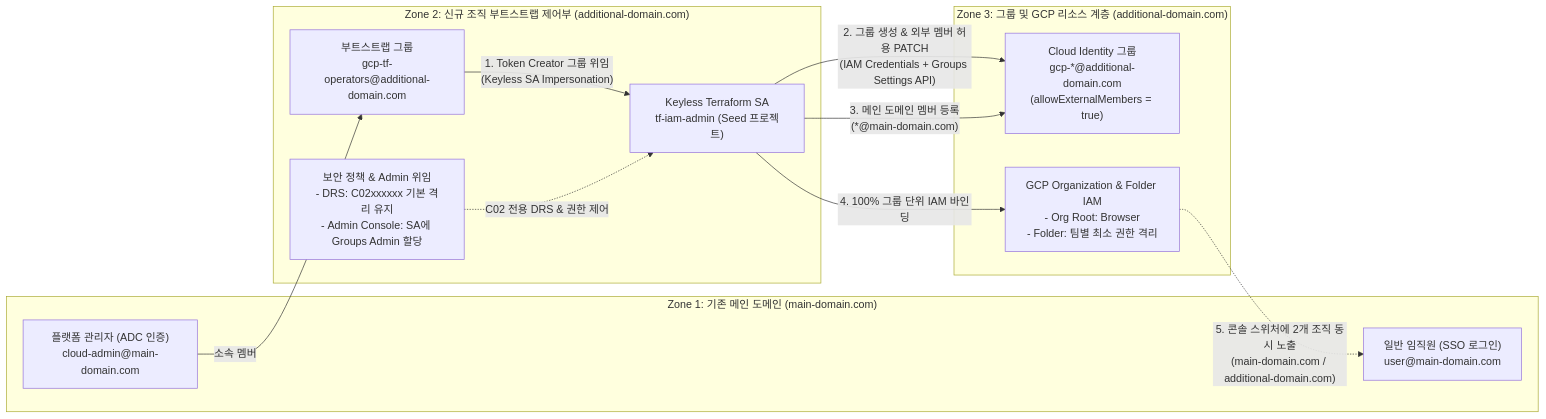
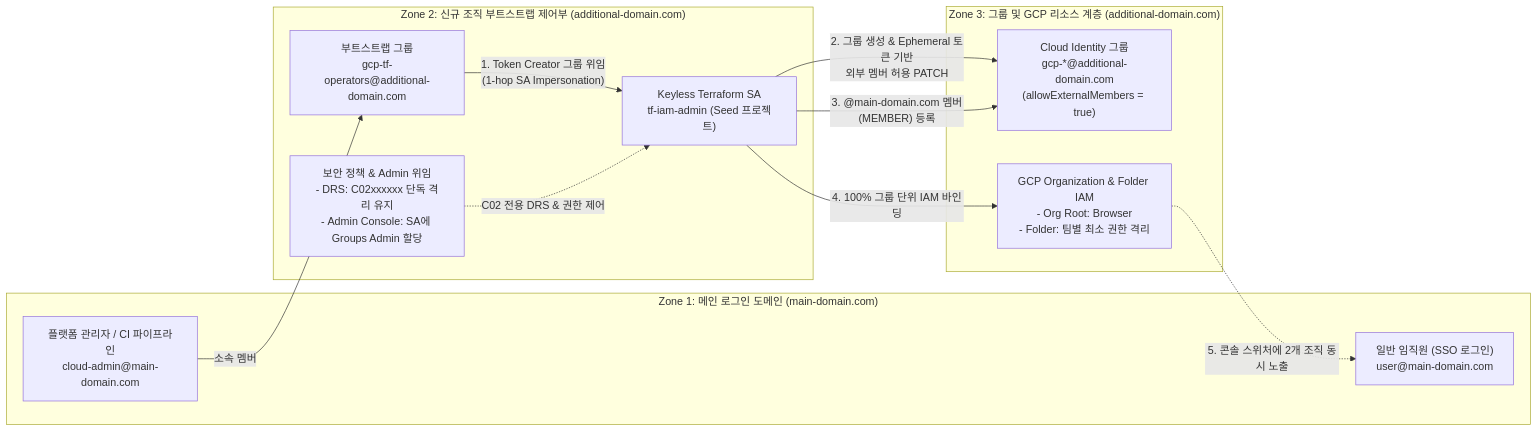
One commit to rom2019/gcp-sandbox changed the first of 2 diagrams in iam/multi-org-group-iam/README.md. Above: the diagram before and after it, drawn with Mermaid. The commit also changed other lines of this file and 16 other files, not shown here.

Commit message:
refactor(iam/minimal-org-policies): replace dynamic loop with static tier policy files

````diff
--- a/iam/multi-org-group-iam/README.md
+++ b/iam/multi-org-group-iam/README.md
@@ -47,26 +24,26 @@
 ```mermaid
 flowchart LR
-    subgraph Zone1["Zone 1: 기존 메인 도메인 (main-domain.com)"]
+    subgraph Zone1["Zone 1: 메인 로그인 도메인 (main-domain.com)"]
         User["일반 임직원 (SSO 로그인)\nuser@main-domain.com"]
-        Admin["플랫폼 관리자 (ADC 인증)\ncloud-admin@main-domain.com"]
+        Admin["플랫폼 관리자 / CI 파이프라인\ncloud-admin@main-domain.com"]
     end
 
     subgraph Zone2["Zone 2: 신규 조직 부트스트랩 제어부 (additional-domain.com)"]
         OpGroup["부트스트랩 그룹\ngcp-tf-operators@additional-domain.com"]
         SA["Keyless Terraform SA\ntf-iam-admin (Seed 프로젝트)"]
-        Policy["보안 정책 & Admin 위임\n- DRS: C02xxxxxx 기본 격리 유지\n- Admin Console: SA에 Groups Admin 할당"]
+        Policy["보안 정책 & Admin 위임\n- DRS: C02xxxxxx 단독 격리 유지\n- Admin Console: SA에 Groups Admin 할당"]
     end
 
     subgraph Zone3["Zone 3: 그룹 및 GCP 리소스 계층 (additional-domain.com)"]
         CIG["Cloud Identity 그룹\ngcp-*@additional-domain.com\n(allowExternalMembers = true)"]
         OrgIAM["GCP Organization & Folder IAM\n- Org Root: Browser\n- Folder: 팀별 최소 권한 격리"]
     end
 
     Admin -->|"소속 멤버"| OpGroup
-    OpGroup -->|"1. Token Creator 그룹 위임\n(Keyless SA Impersonation)"| SA
+    OpGroup -->|"1. Token Creator 그룹 위임\n(1-hop SA Impersonation)"| SA
     Policy -.->|"C02 전용 DRS & 권한 제어"| SA
-    SA -->|"2. 그룹 생성 & 외부 멤버 허용 PATCH\n(IAM Credentials + Groups Settings API)"| CIG
-    SA -->|"3. 메인 도메인 멤버 등록\n(*@main-domain.com)"| CIG
+    SA -->|"2. 그룹 생성 & Ephemeral 토큰 기반\n외부 멤버 허용 PATCH"| CIG
+    SA -->|"3. @main-domain.com 멤버(MEMBER) 등록"| CIG
     SA -->|"4. 100% 그룹 단위 IAM 바인딩"| OrgIAM
-    OrgIAM -.->|"5. 콘솔 스위처에 2개 조직 동시 노출\n(main-domain.com / additional-domain.com)"| User
+    OrgIAM -.->|"5. 콘솔 스위처에 2개 조직 동시 노출"| User
 ```
````
